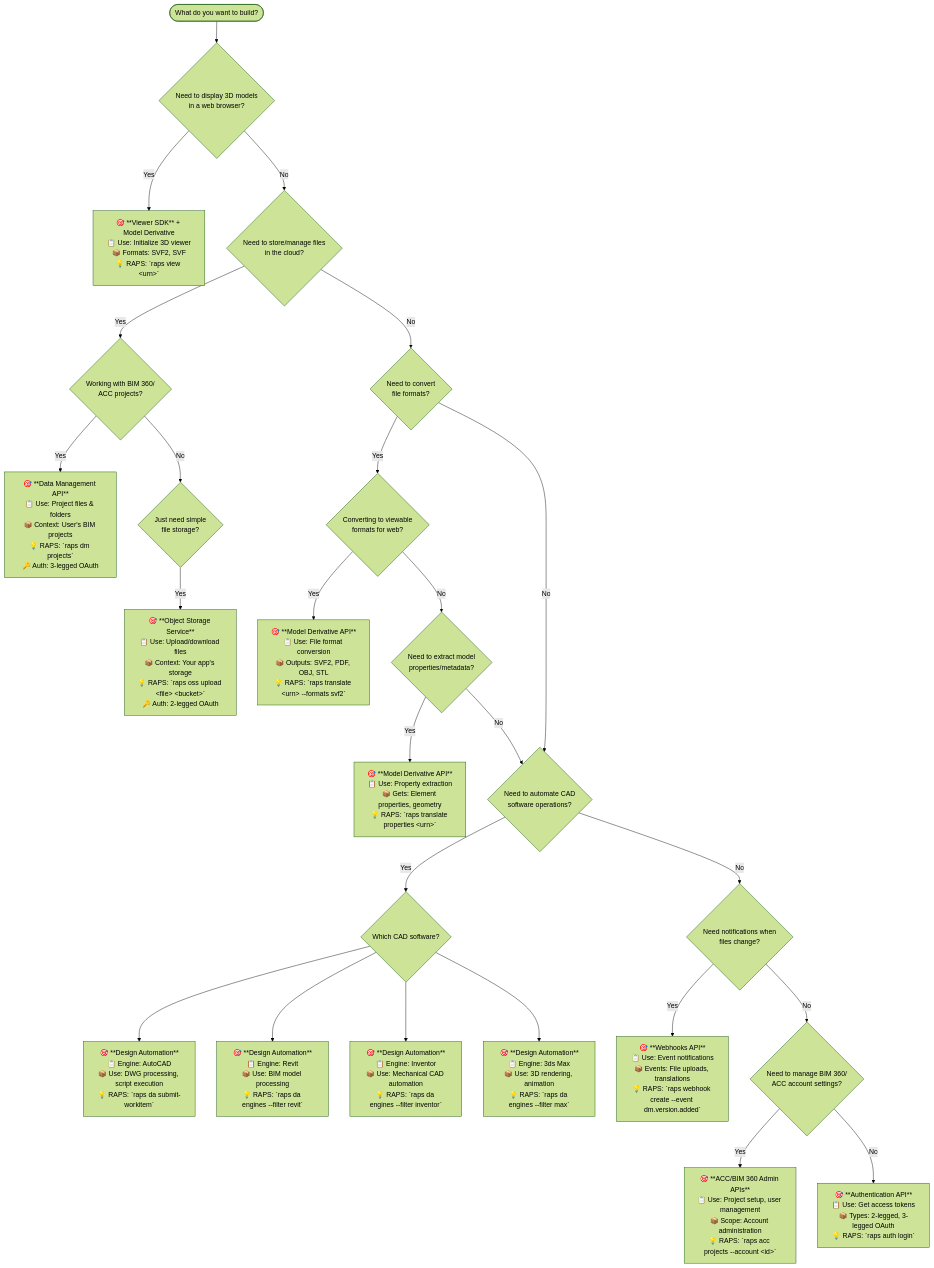
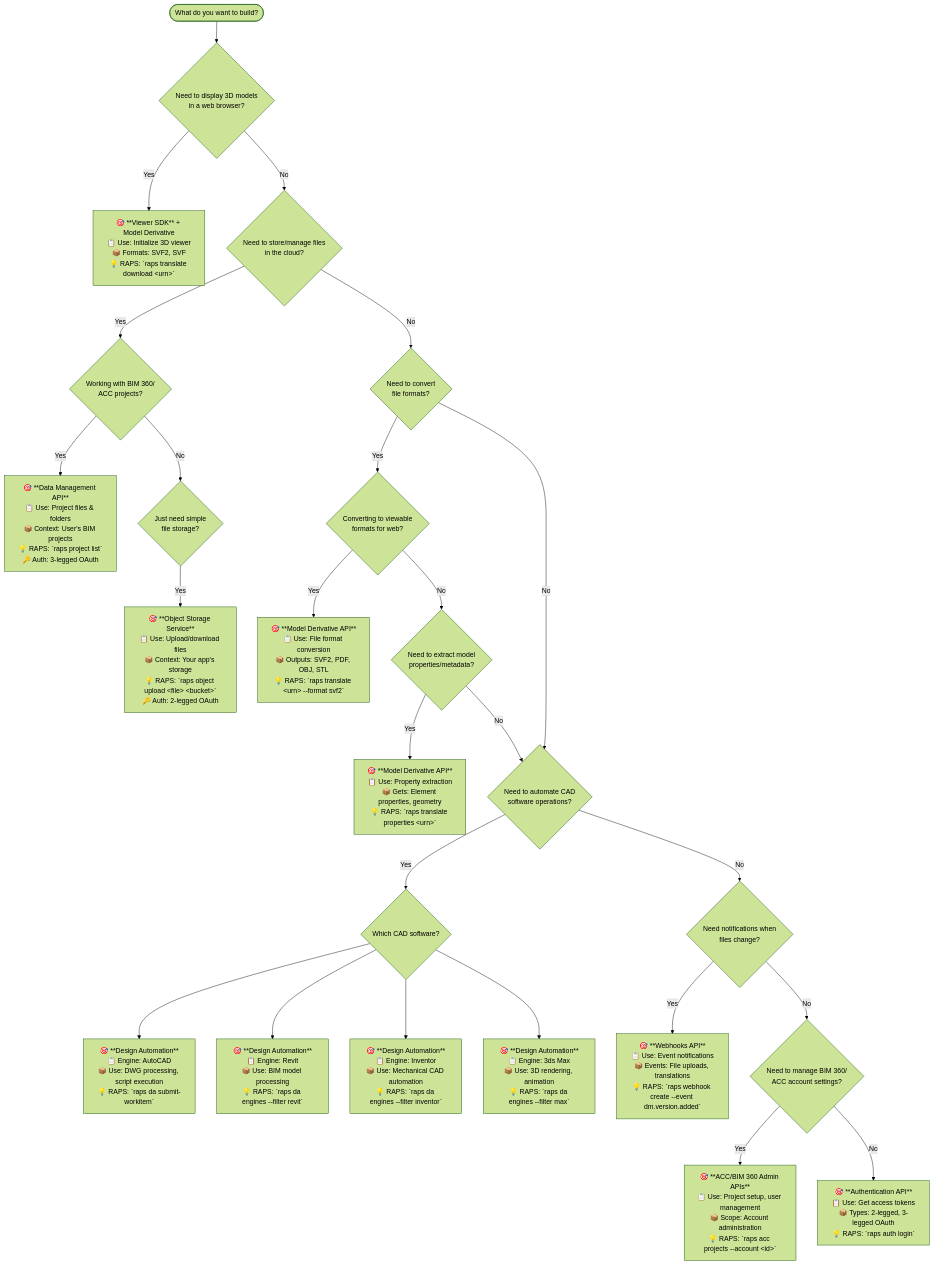
Before and after one commit to dmytro-yemelianov/raps-marketing: the first of 2 diagrams in src/content/guides/which-api-do-i-need.md, drawn with Mermaid (forest theme). The commit also changed other lines of this file and 18 other files, not shown here.

````diff
--- a/src/content/guides/which-api-do-i-need.md
+++ b/src/content/guides/which-api-do-i-need.md
@@ -28,50 +28,50 @@
 ```mermaid
 flowchart TD
     Start([What do you want to build?]) --> Q1{Need to display 3D models<br/>in a web browser?}
     
-    Q1 -->|Yes| Viewer[🎯 **Viewer SDK** + Model Derivative<br/>📋 Use: Initialize 3D viewer<br/>📦 Formats: SVF2, SVF<br/>💡 RAPS: `raps view &lt;urn&gt;`]
+    Q1 -->|Yes| Viewer[🎯 **Viewer SDK** + Model Derivative<br/>📋 Use: Initialize 3D viewer<br/>📦 Formats: SVF2, SVF<br/>💡 RAPS: `raps translate download &lt;urn&gt;`]
     
     Q1 -->|No| Q2{Need to store/manage files<br/>in the cloud?}
     
     Q2 -->|Yes| Q3{Working with BIM 360/<br/>ACC projects?}
     
-    Q3 -->|Yes| BIM360[🎯 **Data Management API**<br/>📋 Use: Project files & folders<br/>📦 Context: User's BIM projects<br/>💡 RAPS: `raps dm projects`<br/>🔑 Auth: 3-legged OAuth]
+    Q3 -->|Yes| BIM360[🎯 **Data Management API**<br/>📋 Use: Project files & folders<br/>📦 Context: User's BIM projects<br/>💡 RAPS: `raps project list`<br/>🔑 Auth: 3-legged OAuth]
     
     Q3 -->|No| Q4{Just need simple<br/>file storage?}
     
-    Q4 -->|Yes| OSS[🎯 **Object Storage Service**<br/>📋 Use: Upload/download files<br/>📦 Context: Your app's storage<br/>💡 RAPS: `raps oss upload &lt;file&gt; &lt;bucket&gt;`<br/>🔑 Auth: 2-legged OAuth]
+    Q4 -->|Yes| OSS[🎯 **Object Storage Service**<br/>📋 Use: Upload/download files<br/>📦 Context: Your app's storage<br/>💡 RAPS: `raps object upload &lt;file&gt; &lt;bucket&gt;`<br/>🔑 Auth: 2-legged OAuth]
     
     Q2 -->|No| Q5{Need to convert<br/>file formats?}
     
     Q5 -->|Yes| Q6{Converting to viewable<br/>formats for web?}
     
-    Q6 -->|Yes| Translate[🎯 **Model Derivative API**<br/>📋 Use: File format conversion<br/>📦 Outputs: SVF2, PDF, OBJ, STL<br/>💡 RAPS: `raps translate &lt;urn&gt; --formats svf2`]
+    Q6 -->|Yes| Translate[🎯 **Model Derivative API**<br/>📋 Use: File format conversion<br/>📦 Outputs: SVF2, PDF, OBJ, STL<br/>💡 RAPS: `raps translate &lt;urn&gt; --format svf2`]
     
     Q6 -->|No| Q7{Need to extract model<br/>properties/metadata?}
     
     Q7 -->|Yes| Properties[🎯 **Model Derivative API**<br/>📋 Use: Property extraction<br/>📦 Gets: Element properties, geometry<br/>💡 RAPS: `raps translate properties &lt;urn&gt;`]
     
     Q5 -->|No| Q8{Need to automate CAD<br/>software operations?}
     
     Q8 -->|Yes| Q9{Which CAD software?}
     
     Q9 --> AutoCAD[🎯 **Design Automation**<br/>📋 Engine: AutoCAD<br/>📦 Use: DWG processing, script execution<br/>💡 RAPS: `raps da submit-workitem`]
     
     Q9 --> Revit[🎯 **Design Automation**<br/>📋 Engine: Revit<br/>📦 Use: BIM model processing<br/>💡 RAPS: `raps da engines --filter revit`]
     
     Q9 --> Inventor[🎯 **Design Automation**<br/>📋 Engine: Inventor<br/>📦 Use: Mechanical CAD automation<br/>💡 RAPS: `raps da engines --filter inventor`]
     
     Q9 --> Max[🎯 **Design Automation**<br/>📋 Engine: 3ds Max<br/>📦 Use: 3D rendering, animation<br/>💡 RAPS: `raps da engines --filter max`]
     
     Q8 -->|No| Q10{Need notifications when<br/>files change?}
     
     Q10 -->|Yes| Webhooks[🎯 **Webhooks API**<br/>📋 Use: Event notifications<br/>📦 Events: File uploads, translations<br/>💡 RAPS: `raps webhook create --event dm.version.added`]
     
     Q10 -->|No| Q11{Need to manage BIM 360/<br/>ACC account settings?}
     
     Q11 -->|Yes| Admin[🎯 **ACC/BIM 360 Admin APIs**<br/>📋 Use: Project setup, user management<br/>📦 Scope: Account administration<br/>💡 RAPS: `raps acc projects --account &lt;id&gt;`]
     
     Q11 -->|No| Auth[🎯 **Authentication API**<br/>📋 Use: Get access tokens<br/>📦 Types: 2-legged, 3-legged OAuth<br/>💡 RAPS: `raps auth login`]
     
     Q7 -->|No| Q8
 ```
````
